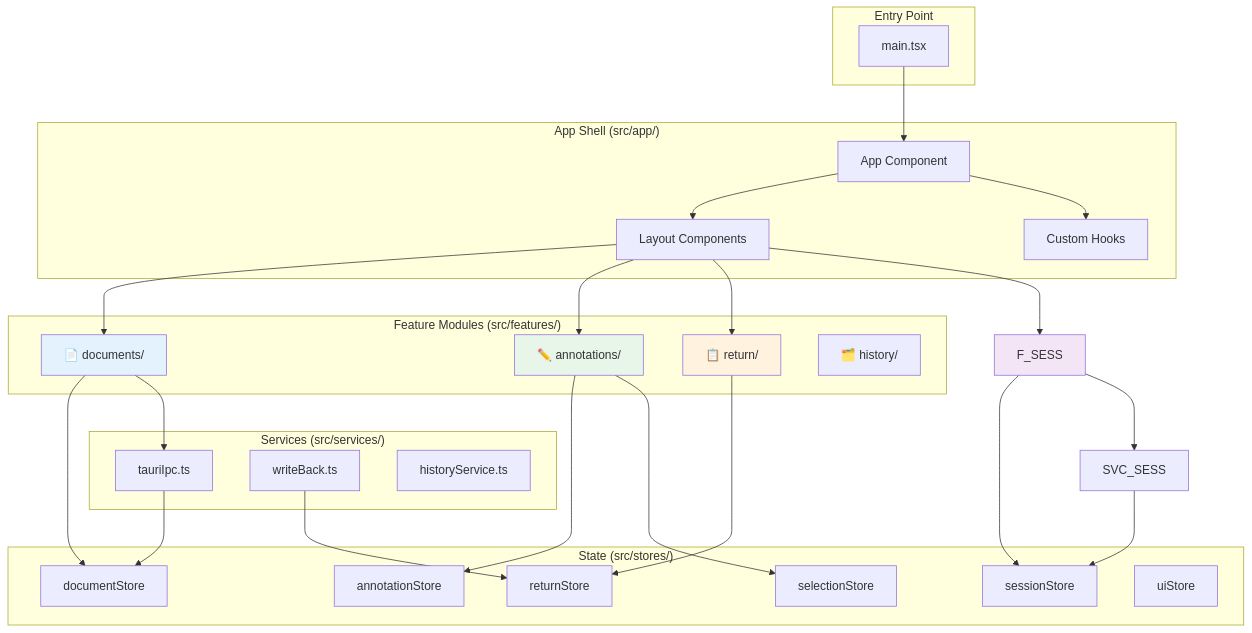
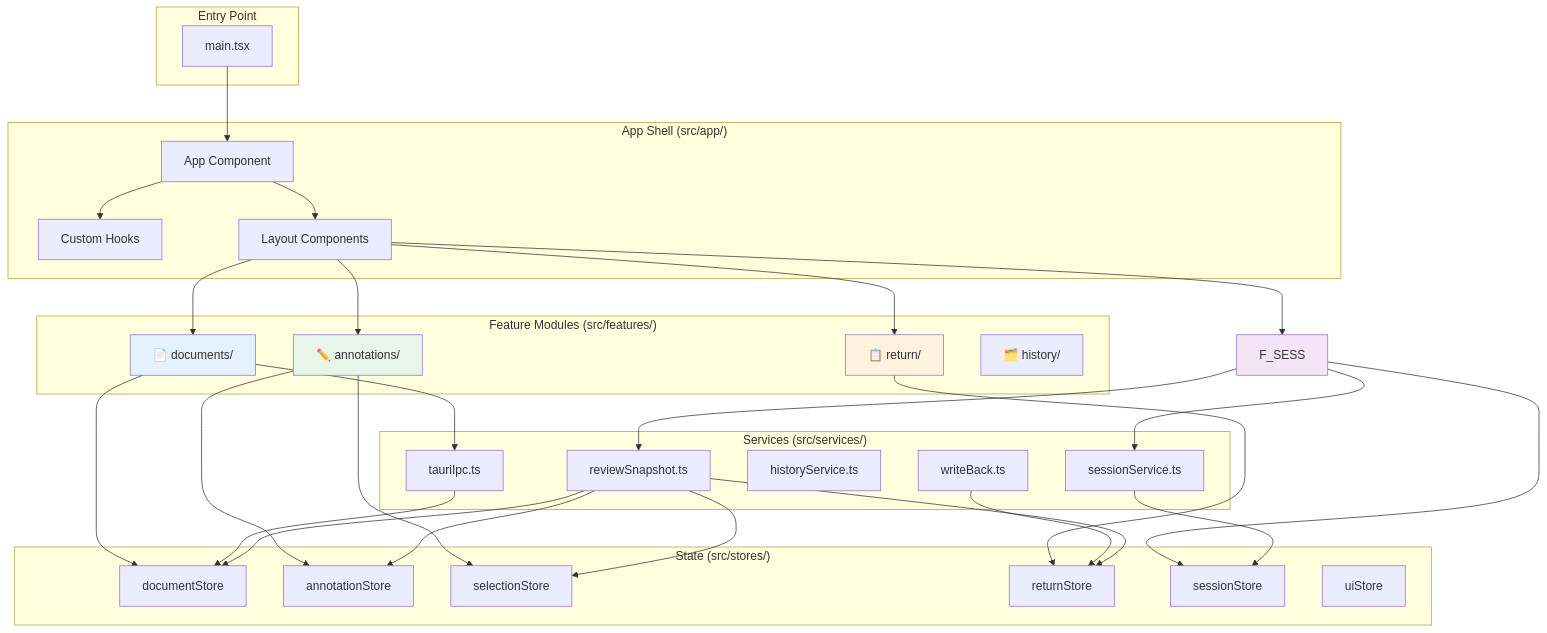
The seventh of 22 diagrams in docs/demo/demo.md (BobDLA/cliv), drawn with Mermaid before and after one commit. The commit also changed other lines of this file and 10 other files, not shown here.

````diff
--- a/docs/demo/demo.md
+++ b/docs/demo/demo.md
@@ -475,60 +475,67 @@
 ```mermaid
 graph TB
     subgraph "Entry Point"
         MAIN["main.tsx"]
     end
 
     subgraph "App Shell (src/app/)"
         APP_COMP["App Component"]
         HOOKS["Custom Hooks"]
         LAYOUT["Layout Components"]
     end
 
     subgraph "Feature Modules (src/features/)"
         F_DOC["📄 documents/"]
         F_ANN["✏️ annotations/"]
         F_RET["📋 return/"]
         F_HIS["🗂️ history/"]
     end
 
     subgraph "Services (src/services/)"
         SVC_IPC["tauriIpc.ts"]
         SVC_WB["writeBack.ts"]
         SVC_HIS["historyService.ts"]
+        SVC_SESS["sessionService.ts"]
+        SVC_SNAP["reviewSnapshot.ts"]
     end
 
     subgraph "State (src/stores/)"
         S_DOC["documentStore"]
         S_ANN["annotationStore"]
         S_SEL["selectionStore"]
         S_RET["returnStore"]
         S_SESS["sessionStore"]
         S_UI["uiStore"]
     end
 
     MAIN --> APP_COMP
     APP_COMP --> LAYOUT
     APP_COMP --> HOOKS
 
     LAYOUT --> F_DOC
     LAYOUT --> F_ANN
     LAYOUT --> F_RET
     LAYOUT --> F_SESS
 
     F_DOC --> S_DOC
     F_DOC --> SVC_IPC
     F_ANN --> S_ANN
     F_ANN --> S_SEL
     F_RET --> S_RET
     F_SESS --> S_SESS
     F_SESS --> SVC_SESS
+    F_SESS --> SVC_SNAP
 
     SVC_IPC --> S_DOC
     SVC_WB --> S_RET
     SVC_SESS --> S_SESS
+    SVC_SNAP --> S_DOC
+    SVC_SNAP --> S_ANN
+    SVC_SNAP --> S_SEL
+    SVC_SNAP --> S_RET
 
     style F_DOC fill:#e3f2fd
     style F_ANN fill:#e8f5e9
     style F_RET fill:#fff3e0
     style F_SESS fill:#f3e5f5
 ```
````
